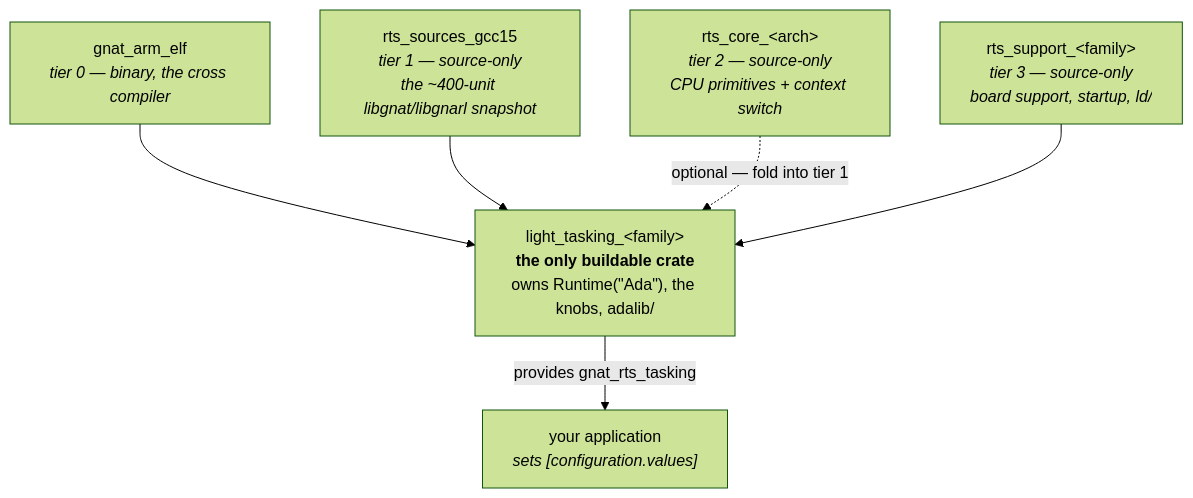
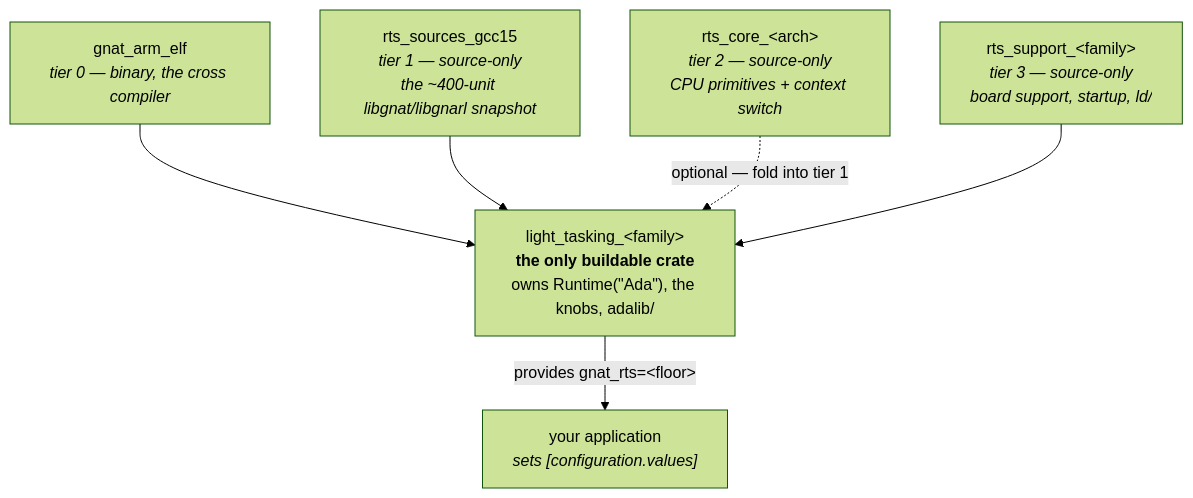
The diagram in RTS-GUIDE.md (ThyMYthOS/ada-machine), drawn with Mermaid (forest theme) before and after one commit. The commit also changed other lines of this file, not shown here.

````diff
--- a/RTS-GUIDE.md
+++ b/RTS-GUIDE.md
@@ -42,15 +42,15 @@
 ```mermaid
 graph TD
     TC["gnat_arm_elf<br/><i>tier 0 — binary, the cross compiler</i>"]
     SRC["rts_sources_gcc15<br/><i>tier 1 — source-only<br/>the ~400-unit libgnat/libgnarl snapshot</i>"]
     CORE["rts_core_&lt;arch&gt;<br/><i>tier 2 — source-only<br/>CPU primitives + context switch</i>"]
     BOARD["rts_support_&lt;family&gt;<br/><i>tier 3 — source-only<br/>board support, startup, ld/</i>"]
     LEAF["light_tasking_&lt;family&gt;<br/><b>the only buildable crate</b><br/>owns Runtime(&quot;Ada&quot;), the knobs, adalib/"]
     APP["your application<br/><i>sets [configuration.values]</i>"]
 
     TC --> LEAF
     SRC --> LEAF
     CORE -.->|"optional — fold into tier 1"| LEAF
     BOARD --> LEAF
-    LEAF -->|"provides gnat_rts_tasking"| APP
+    LEAF -->|"provides gnat_rts=&lt;floor&gt;"| APP
 ```
````
